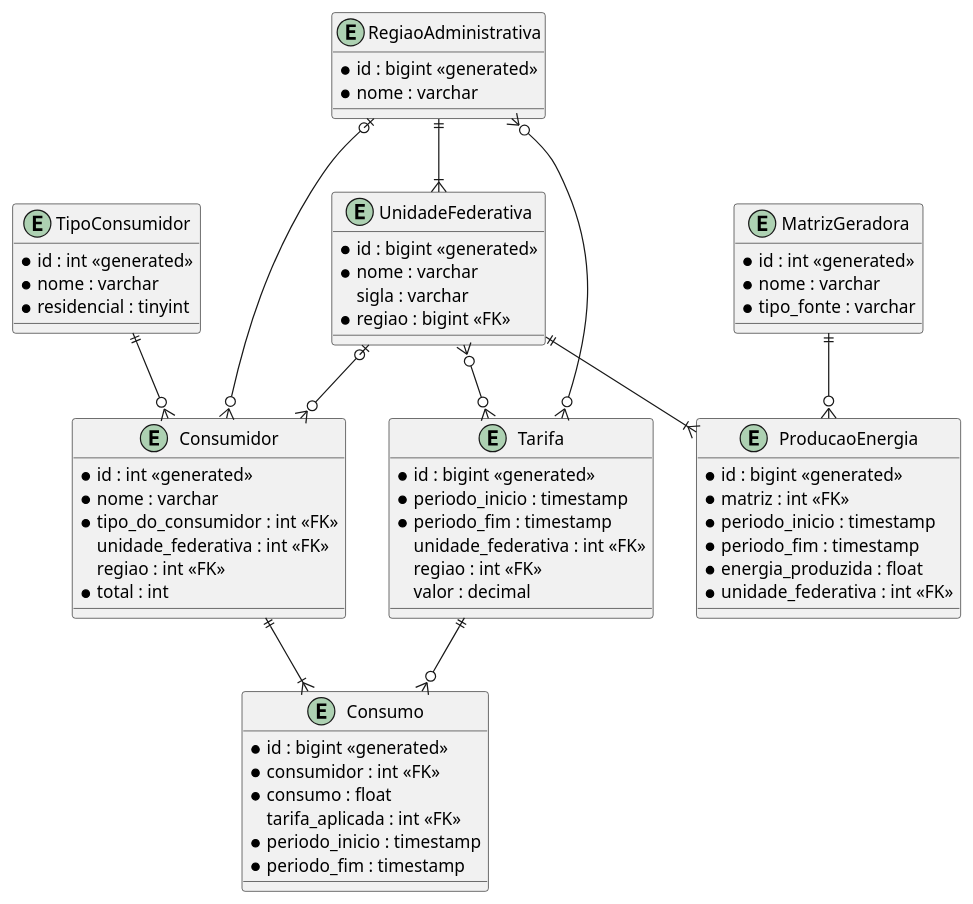
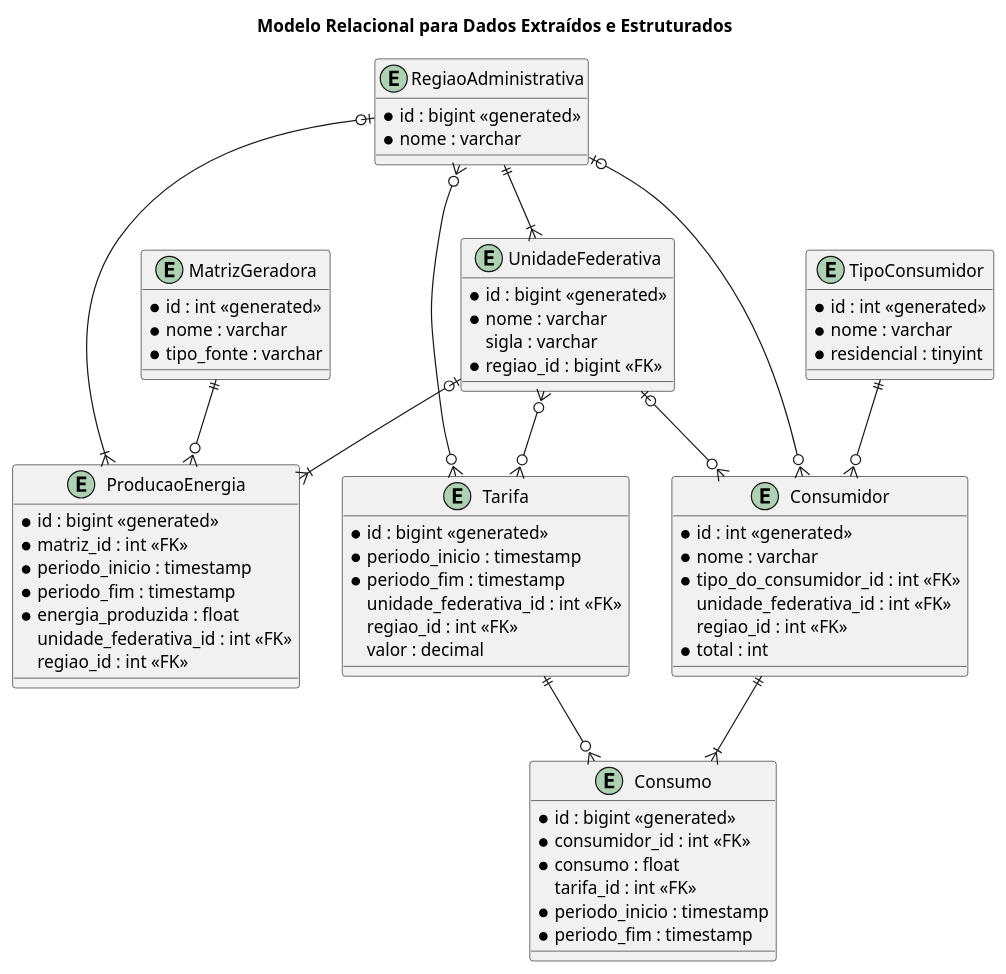
Before and after one commit to PUCMG-Grupo-06/projeto_energia_etl: the diagram in modelagem/modelo_er.puml, drawn with PlantUML. The commit also changed 12 other files, not shown here.

```diff
--- a/modelagem/modelo_er.puml
+++ b/modelagem/modelo_er.puml
@@ -1,78 +1,81 @@
 @startuml
+title "Modelo Relacional para Dados Extraídos e Estruturados"
 
 entity RegiaoAdministrativa {
     *id : bigint <<generated>>
     *nome : varchar
 }
 
 entity UnidadeFederativa {
     *id : bigint <<generated>>
     *nome : varchar
     sigla : varchar
-    *regiao : bigint <<FK>>
+    *regiao_id : bigint <<FK>>
 }
 
 RegiaoAdministrativa ||--|{ UnidadeFederativa
 
 entity TipoConsumidor {
     *id : int <<generated>>
     *nome : varchar
     *residencial : tinyint
 }
 
 entity MatrizGeradora {
     *id : int <<generated>>
     *nome : varchar
     *tipo_fonte : varchar
 }
 
 entity Consumidor {
     *id : int <<generated>>
     *nome : varchar
-    *tipo_do_consumidor : int <<FK>>
-    unidade_federativa : int <<FK>>
-    regiao : int <<FK>>
+    *tipo_do_consumidor_id : int <<FK>>
+    unidade_federativa_id : int <<FK>>
+    regiao_id : int <<FK>>
     *total : int
 }
 
 TipoConsumidor ||--o{ Consumidor
 UnidadeFederativa |o--o{ Consumidor
 RegiaoAdministrativa |o--o{ Consumidor
 
 entity Tarifa {
     *id : bigint <<generated>>
     *periodo_inicio : timestamp
     *periodo_fim : timestamp
-    unidade_federativa : int <<FK>>
-    regiao : int <<FK>>
+    unidade_federativa_id : int <<FK>>
+    regiao_id : int <<FK>>
     valor : decimal
 }
 
 UnidadeFederativa }o--o{ Tarifa
 RegiaoAdministrativa }o--o{ Tarifa
 
 entity ProducaoEnergia {
     *id : bigint <<generated>>
-    *matriz : int <<FK>>
+    *matriz_id : int <<FK>>
     *periodo_inicio : timestamp
     *periodo_fim : timestamp
     *energia_produzida : float
-    *unidade_federativa : int <<FK>>
+    unidade_federativa_id : int <<FK>>
+    regiao_id : int <<FK>>
 }
 
-UnidadeFederativa ||--|{ ProducaoEnergia
+RegiaoAdministrativa |o--|{ ProducaoEnergia
+UnidadeFederativa |o--|{ ProducaoEnergia
 MatrizGeradora ||--o{ ProducaoEnergia
 
 entity Consumo {
     *id : bigint <<generated>>
-    *consumidor : int <<FK>>
+    *consumidor_id : int <<FK>>
     *consumo : float
-    tarifa_aplicada : int <<FK>>
+    tarifa_id : int <<FK>>
     *periodo_inicio : timestamp
     *periodo_fim : timestamp
 }
 
 Tarifa ||--o{ Consumo
 Consumidor ||--|{ Consumo
 
 @enduml
```
